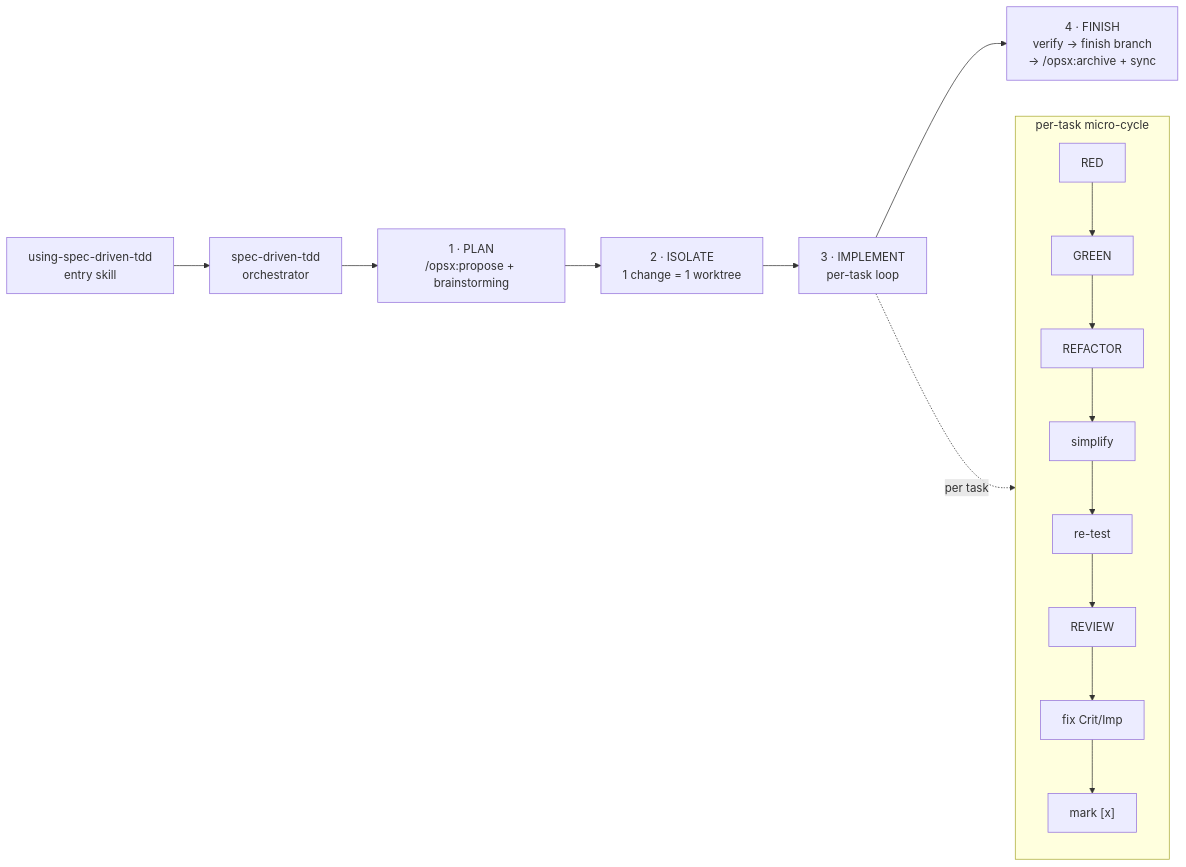
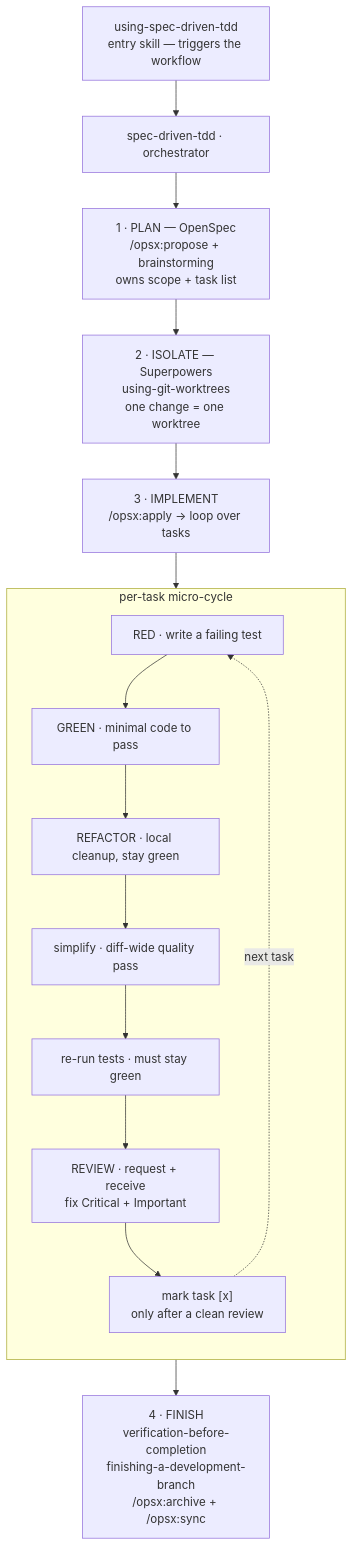
One commit to strelov1/spec-driven-tdd changed the second of 2 diagrams in README.md. Above: the diagram before and after it, drawn with Mermaid.

Commit message:
docs: make lifecycle diagram vertical and clearer
Flip the lifecycle flowchart to top-down, inline the per-task micro-cycle
into the spine (IMPLEMENT → cycle → FINISH), label each step and the
OpenSpec/Superpowers owner, and show the per-task loopback. Subgraph defined
before its connecting edges so it renders on GitHub.

````diff
--- a/README.md
+++ b/README.md
@@ -77,14 +77,23 @@
 ```mermaid
-flowchart LR
-    Entry["using-spec-driven-tdd<br/>entry skill"] --> Orch["spec-driven-tdd<br/>orchestrator"]
-    Orch --> P1["1 · PLAN<br/>/opsx:propose + brainstorming"]
-    P1 --> P2["2 · ISOLATE<br/>1 change = 1 worktree"]
-    P2 --> P3["3 · IMPLEMENT<br/>per-task loop"]
-    P3 --> P4["4 · FINISH<br/>verify → finish branch<br/>→ /opsx:archive + sync"]
+flowchart TD
+    Entry["using-spec-driven-tdd<br/>entry skill — triggers the workflow"]
+    Entry --> Orch["spec-driven-tdd · orchestrator"]
+    Orch --> P1["1 · PLAN — OpenSpec<br/>/opsx:propose + brainstorming<br/>owns scope + task list"]
+    P1 --> P2["2 · ISOLATE — Superpowers<br/>using-git-worktrees<br/>one change = one worktree"]
+    P2 --> P3["3 · IMPLEMENT<br/>/opsx:apply → loop over tasks"]
 
     subgraph Loop ["per-task micro-cycle"]
         direction TB
-        R["RED"] --> G["GREEN"] --> RF["REFACTOR"] --> S["simplify"] --> RT["re-test"] --> RV["REVIEW"] --> FX["fix Crit/Imp"] --> X["mark [x]"]
+        R["RED · write a failing test"]
+        R --> G["GREEN · minimal code to pass"]
+        G --> RF["REFACTOR · local cleanup, stay green"]
+        RF --> S["simplify · diff-wide quality pass"]
+        S --> RT["re-run tests · must stay green"]
+        RT --> RV["REVIEW · request + receive<br/>fix Critical + Important"]
+        RV --> X["mark task [x]<br/>only after a clean review"]
+        X -.next task.-> R
     end
-    P3 -.per task.-> R
+
+    P3 --> Loop
+    Loop --> P4["4 · FINISH<br/>verification-before-completion<br/>finishing-a-development-branch<br/>/opsx:archive + /opsx:sync"]
 ```
````
